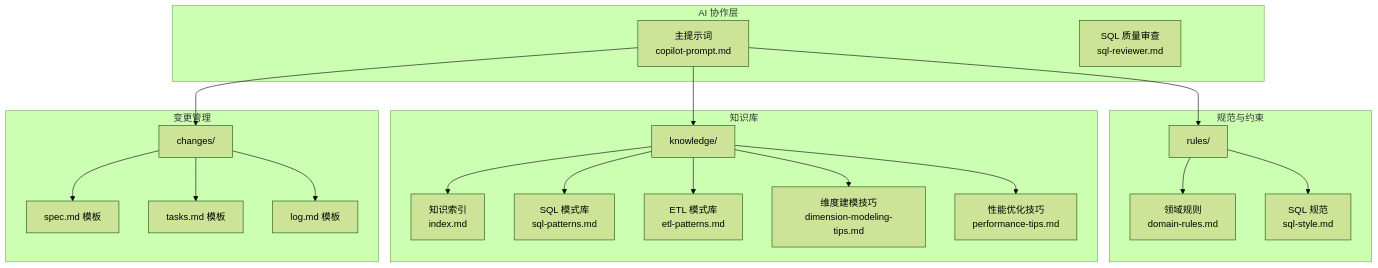
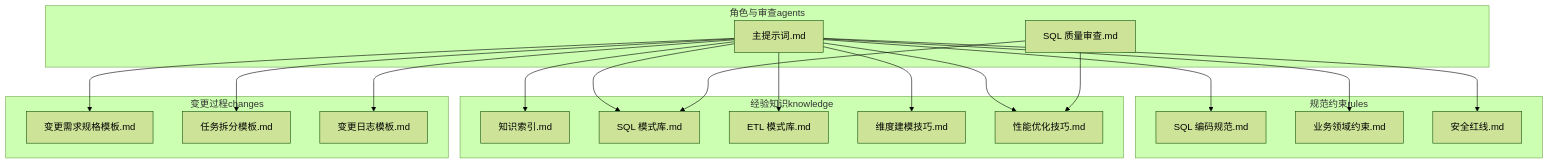
The first of 3 diagrams in .qoder/repowiki/zh/content/知识库系统/知识库系统.md (13679659643/Data_Warehouse_Engineering), drawn with Mermaid (forest theme) before and after one commit. The commit also changed other lines of this file and 88 other files, not shown here.

````diff
--- a/.qoder/repowiki/zh/content/知识库系统/知识库系统.md
+++ b/.qoder/repowiki/zh/content/知识库系统/知识库系统.md
@@ -41,39 +44,37 @@
 ```mermaid
 graph TB
-subgraph "AI 协作层"
-Prompt["主提示词<br/>copilot-prompt.md"]
-SQLR["SQL 质量审查<br/>sql-reviewer.md"]
+subgraph "规范约束rules"
+RS["SQL 编码规范.md"]
+RD["业务领域约束.md"]
+RC["安全红线.md"]
 end
-subgraph "规范与约束"
-Rules["rules/"]
-Domain["领域规则<br/>domain-rules.md"]
-Style["SQL 规范<br/>sql-style.md"]
+subgraph "经验知识knowledge"
+KI["知识索引.md"]
+KS["SQL 模式库.md"]
+KE["ETL 模式库.md"]
+KD["维度建模技巧.md"]
+KP["性能优化技巧.md"]
 end
-subgraph "知识库"
-Know["knowledge/"]
-Index["知识索引<br/>index.md"]
-SQLP["SQL 模式库<br/>sql-patterns.md"]
-ETL["ETL 模式库<br/>etl-patterns.md"]
-Dim["维度建模技巧<br/>dimension-modeling-tips.md"]
-Perf["性能优化技巧<br/>performance-tips.md"]
+subgraph "变更过程changes"
+CT["变更需求规格模板.md"]
+TT["任务拆分模板.md"]
+CL["变更日志模板.md"]
 end
-subgraph "变更管理"
-Changes["changes/"]
-Spec["spec.md 模板"]
-Tasks["tasks.md 模板"]
-Log["log.md 模板"]
+subgraph "角色与审查agents"
+AP["主提示词.md"]
+AR["SQL 质量审查.md"]
 end
-Prompt --> Rules
-Prompt --> Know
-Prompt --> Changes
-Rules --> Domain
-Rules --> Style
-Know --> Index
-Know --> SQLP
-Know --> ETL
-Know --> Dim
-Know --> Perf
-Changes --> Spec
-Changes --> Tasks
-Changes --> Log
+AP --> RS
+AP --> RD
+AP --> RC
+AP --> KI
+AP --> KS
+AP --> KE
+AP --> KD
+AP --> KP
+AP --> CT
+AP --> TT
+AP --> CL
+AR --> KS
+AR --> KP
 ```
````
